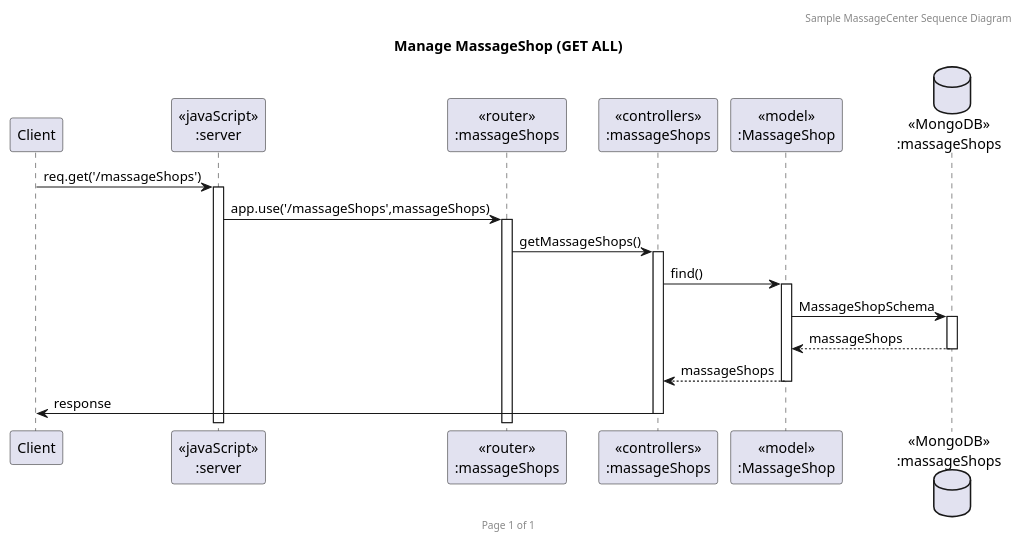
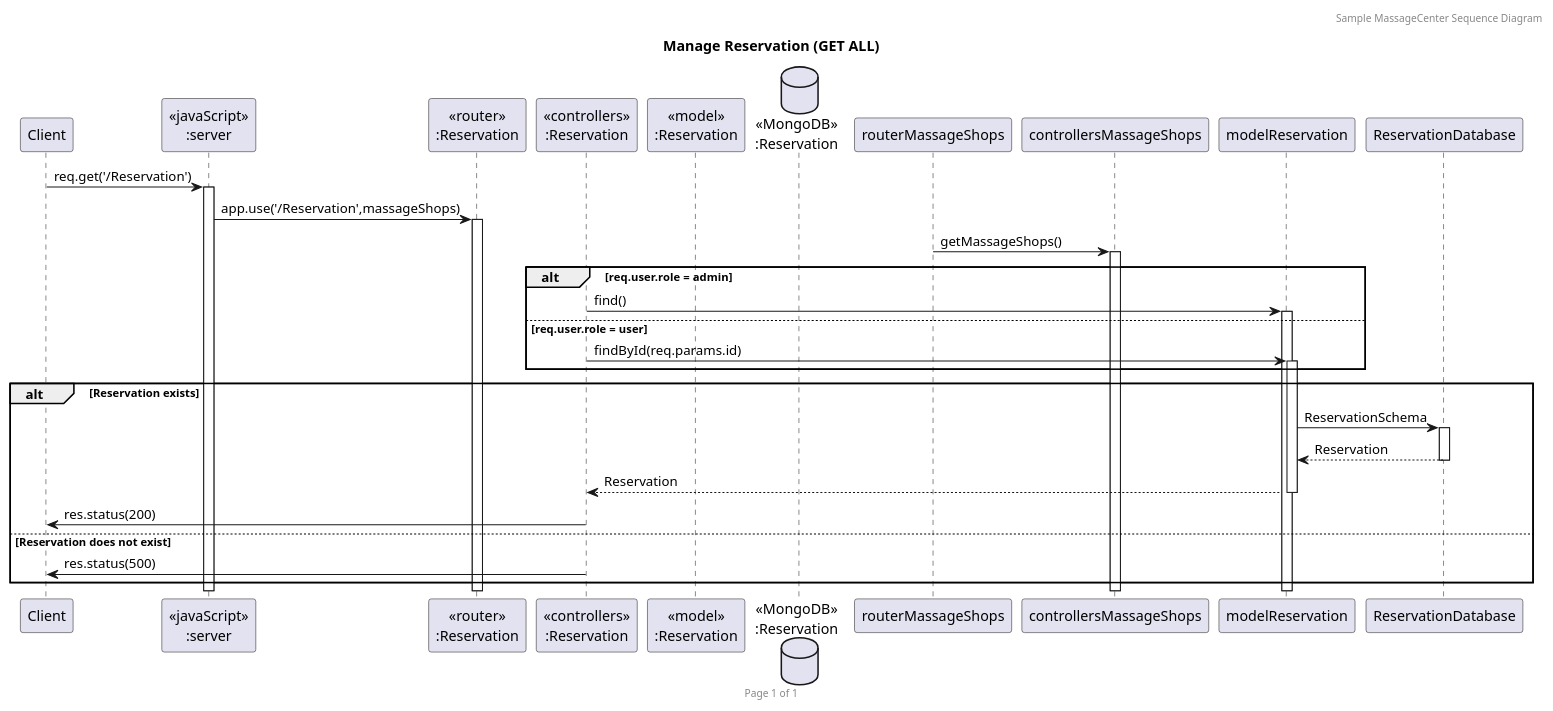
Before and after one commit to 2110503TACEDT66/presentation-day-1-dale-mai-mi-chip: the diagram in sequence_diagram/getAll.puml, drawn with PlantUML. The commit also changed 1 other file, not shown here.

```diff
--- a/sequence_diagram/getAll.puml
+++ b/sequence_diagram/getAll.puml
@@ -1,23 +1,32 @@
-@startuml Manage MassageShop (GET ALL)
+@startuml Manage Reservation (GET ALL)
 
 header Sample MassageCenter Sequence Diagram
 footer Page %page% of %lastpage%
-title "Manage MassageShop (GET ALL)"
+title "Manage Reservation (GET ALL)"
 
 participant "Client" as client
 participant "<<javaScript>>\n:server" as server
-participant "<<router>>\n:massageShops" as routerMassageShops
-participant "<<controllers>>\n:massageShops" as controllersMassageShops
-participant "<<model>>\n:MassageShop" as modelMassageShop
-database "<<MongoDB>>\n:massageShops" as MassageShopsDatabase
+participant "<<router>>\n:Reservation" as routerReservation
+participant "<<controllers>>\n:Reservation" as controllersReservation
+participant "<<model>>\n:Reservation" as modelMassageShop
+database "<<MongoDB>>\n:Reservation" as ReservationsDatabase
 
-client->server ++:req.get('/massageShops')
-server->routerMassageShops ++:app.use('/massageShops',massageShops)
+client->server ++:req.get('/Reservation')
+server->routerReservation ++:app.use('/Reservation',massageShops)
 routerMassageShops -> controllersMassageShops ++:getMassageShops()
-controllersMassageShops->modelMassageShop ++:find()
-modelMassageShop ->MassageShopsDatabase ++: MassageShopSchema
-MassageShopsDatabase --> modelMassageShop --: massageShops
-controllersMassageShops <-- modelMassageShop --:massageShops
-controllersMassageShops->client --:response
+alt req.user.role = admin
+  controllersReservation->modelReservation ++: find()
+else req.user.role = user
+  controllersReservation->modelReservation ++: findById(req.params.id)
+end
+
+alt Reservation exists
+  modelReservation ->ReservationDatabase ++: ReservationSchema
+  ReservationDatabase --> modelReservation --: Reservation
+  controllersReservation <-- modelReservation --: Reservation
+  controllersReservation->client --: res.status(200)
+else Reservation does not exist
+  controllersReservation->client --: res.status(500)
+end
 
 @enduml
```
